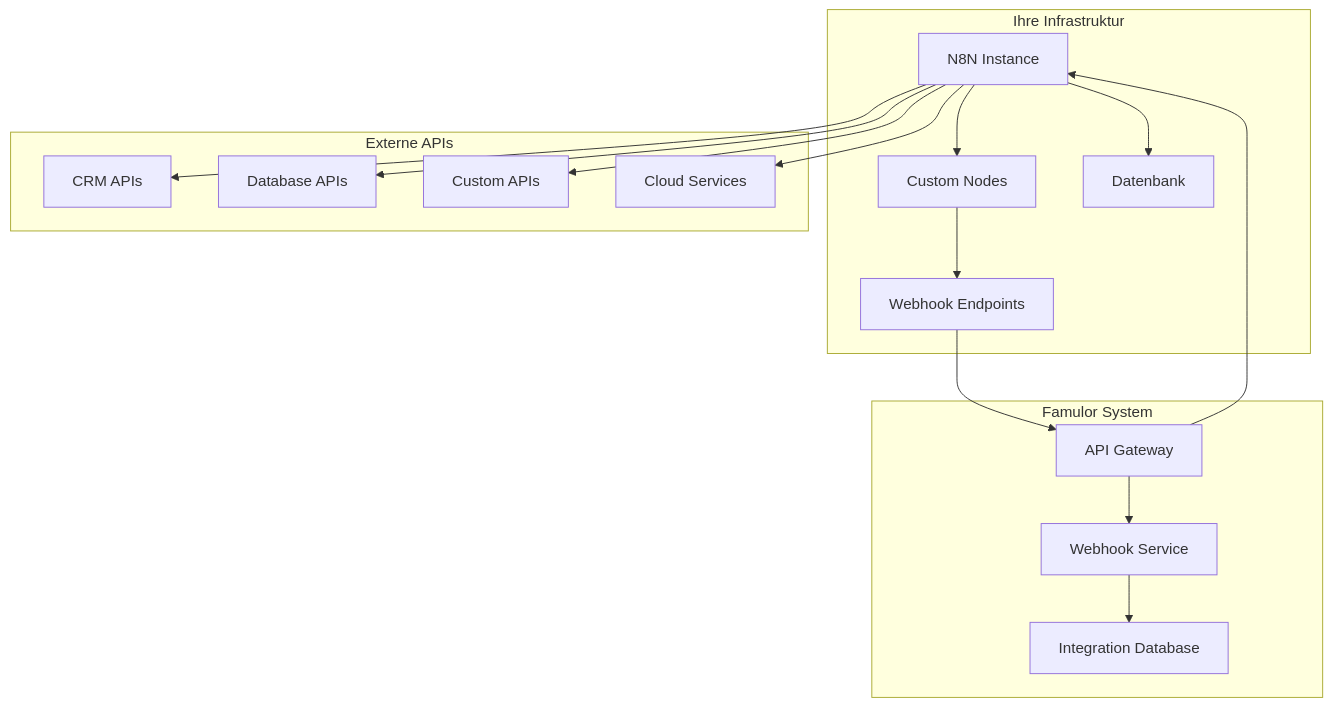
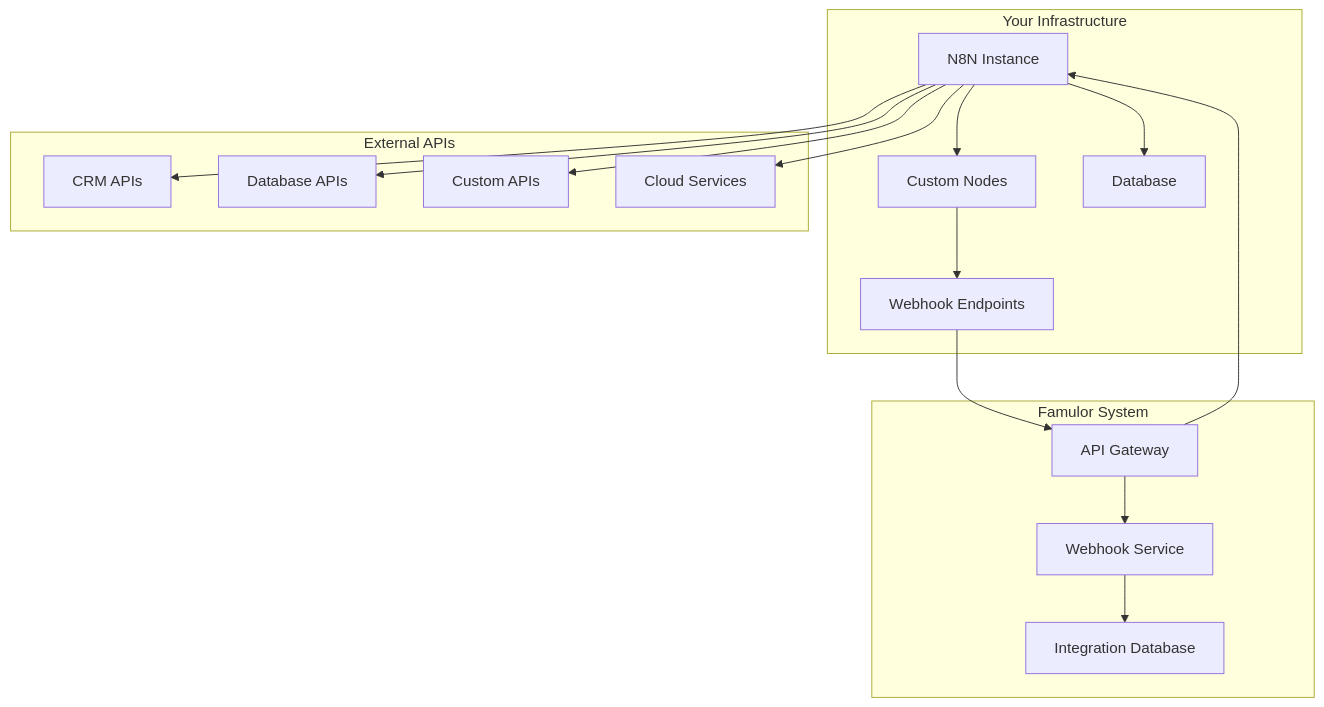
Before and after one commit to bekgroup/Famulor-docs-de: the first of 4 diagrams in en/automation-platform/integrations/n8n.mdx, drawn with Mermaid. The commit also changed other lines of this file and 273 other files, not shown here.

````diff
--- a/en/automation-platform/integrations/n8n.mdx
+++ b/en/automation-platform/integrations/n8n.mdx
@@ -102,36 +102,36 @@
 ```mermaid
 graph TB
-    subgraph "Ihre Infrastruktur"
+    subgraph "Your Infrastructure"
         A[N8N Instance]
         B[Custom Nodes]
         C[Webhook Endpoints]
-        D[Datenbank]
+        D[Database]
     end
     
     subgraph "Famulor System"
         E[API Gateway]
         F[Webhook Service]
         G[Integration Database]
     end
     
-    subgraph "Externe APIs"
+    subgraph "External APIs"
         H[CRM APIs]
         I[Database APIs]
         J[Custom APIs]
         K[Cloud Services]
     end
     
     A --> B
     B --> C
     A --> D
     C --> E
     E --> F
     F --> G
     
     A --> H
     A --> I
     A --> J
     A --> K
     
     E --> A
 ```
````
